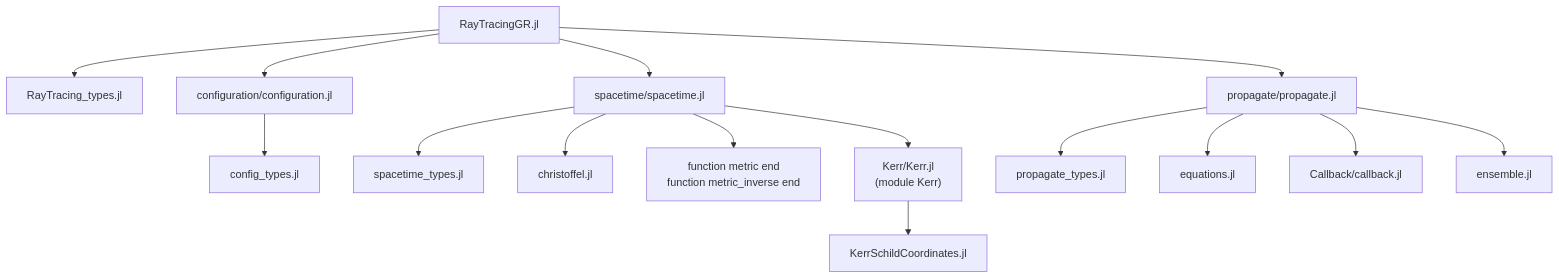
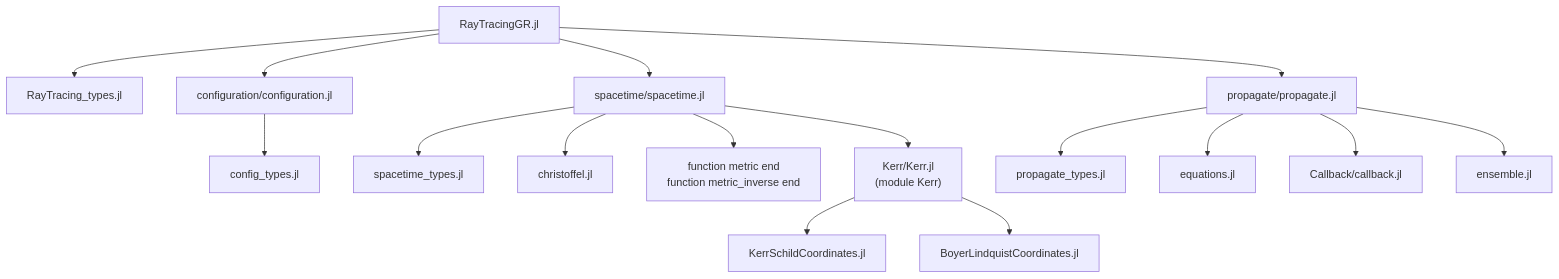
The first of 2 diagrams in README.md (mabrudsky/RayTracingGR.jl), drawn with Mermaid before and after one commit. The commit also changed other lines of this file and 7 other files, not shown here.

First line of the commit message:
Agregar la métrica de Kerr en coordenadas de Boyer-Lindquist y sus tests.

````diff
--- a/README.md
+++ b/README.md
@@ -160,17 +194,18 @@
 ```mermaid
 flowchart TD
     A[RayTracingGR.jl] --> B[RayTracing_types.jl]
     A --> C[configuration/configuration.jl]
     C --> C1[config_types.jl]
     A --> D[spacetime/spacetime.jl]
     D --> D1[spacetime_types.jl]
     D --> D2[christoffel.jl]
     D --> D3["function metric end<br/>function metric_inverse end"]
     D --> K["Kerr/Kerr.jl<br/>(module Kerr)"]
     K --> K1[KerrSchildCoordinates.jl]
+    K --> K2[BoyerLindquistCoordinates.jl]
     A --> E[propagate/propagate.jl]
     E --> E1[propagate_types.jl]
     E --> E2[equations.jl]
     E --> E3[Callback/callback.jl]
     E --> E4[ensemble.jl]
 ```
````
